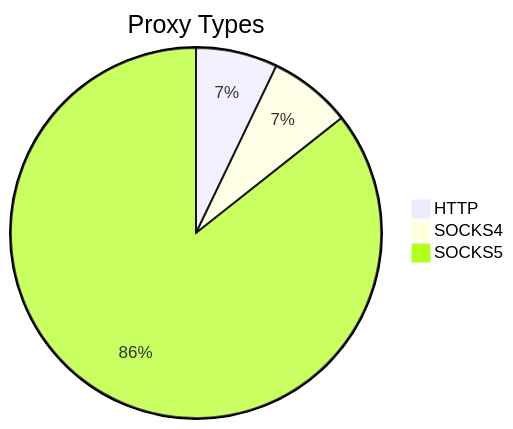
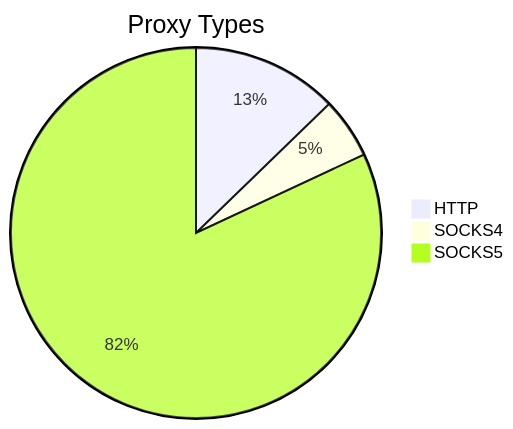
Before and after one commit to stormsia/proxy-list: the first of 2 diagrams in README.md, drawn with Mermaid. The commit also changed other lines of this file, not shown here.

````diff
--- a/README.md
+++ b/README.md
@@ -21,6 +21,6 @@
 ```mermaid
 pie title Proxy Types
-    "HTTP" : 75
-    "SOCKS4" : 76
-    "SOCKS5" : 901
+    "HTTP" : 77
+    "SOCKS4" : 32
+    "SOCKS5" : 495
 ```
````
